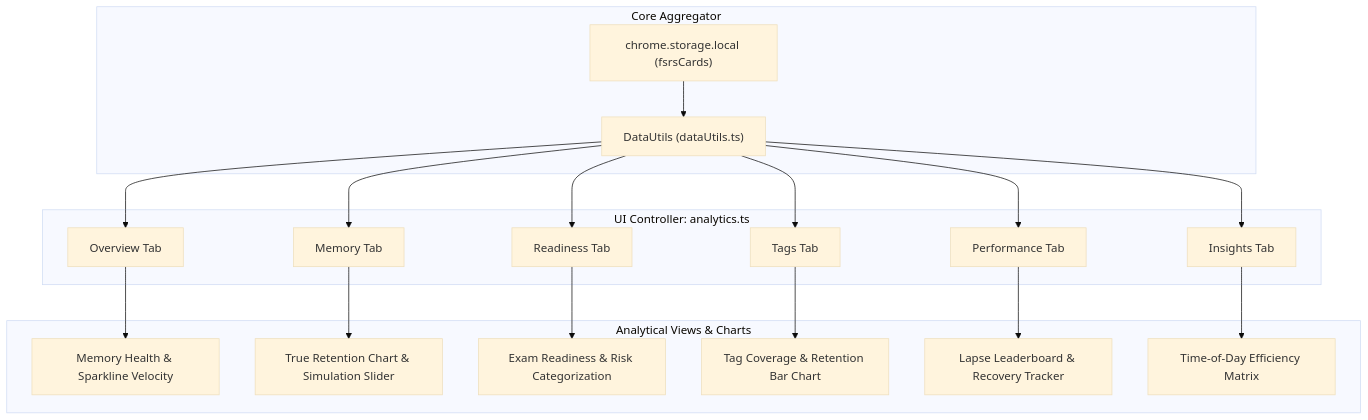
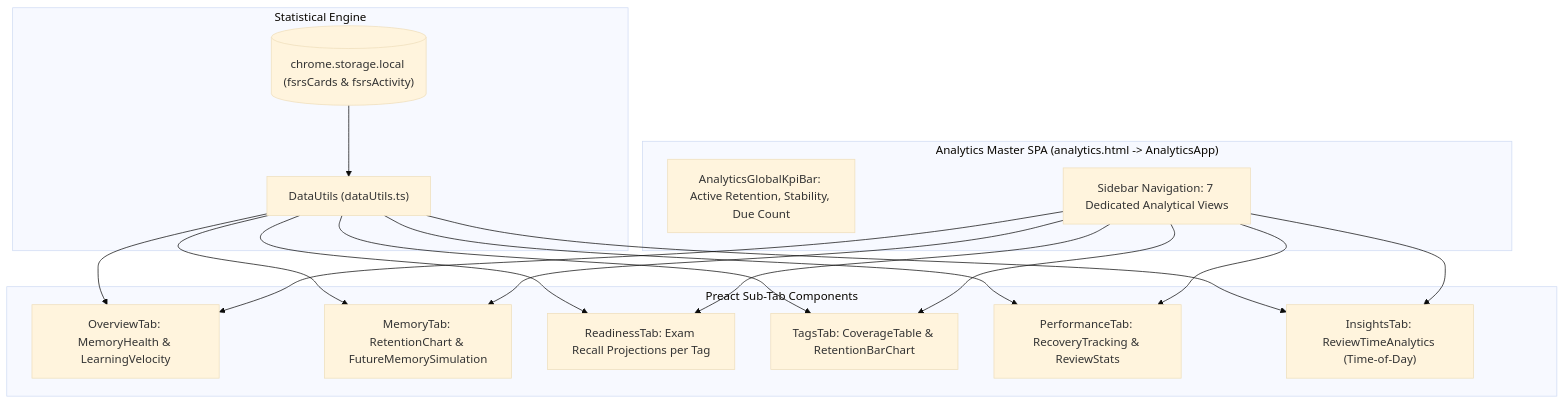
The first of 2 diagrams in docs/features/analytics.md (sdeanmol/algomonster-fsrs-extension), drawn with Mermaid (base theme) before and after one commit. The commit also changed other lines of this file and 4 other files, not shown here.

Commit message:
docs: update architecture and feature documentation files

````diff
--- a/docs/features/analytics.md
+++ b/docs/features/analytics.md
@@ -39,39 +44,36 @@
 ```mermaid
 graph TD
-    subgraph UI_Controller ["UI Controller: analytics.ts"]
-        T1["Overview Tab"]
-        T2["Memory Tab"]
-        T3["Readiness Tab"]
-        T4["Tags Tab"]
-        T5["Performance Tab"]
-        T6["Insights Tab"]
+    subgraph Master_SPA ["Analytics Master SPA (analytics.html -> AnalyticsApp)"]
+        KPI["AnalyticsGlobalKpiBar: Active Retention, Stability, Due Count"]
+        TABS["Sidebar Navigation: 7 Dedicated Analytical Views"]
     end
 
-    subgraph Core_Aggregator ["Core Aggregator"]
+    subgraph Core_Engine ["Statistical Engine"]
         DU["DataUtils (dataUtils.ts)"]
-        SC["chrome.storage.local (fsrsCards)"]
+        ST[("chrome.storage.local (fsrsCards & fsrsActivity)")]
+        ST --> DU
     end
 
-    subgraph Analytical_Views ["Analytical Views & Charts"]
-        O1["Memory Health & Sparkline Velocity"]
-        O2["True Retention Chart & Simulation Slider"]
-        O3["Exam Readiness & Risk Categorization"]
-        O4["Tag Coverage & Retention Bar Chart"]
-        O5["Lapse Leaderboard & Recovery Tracker"]
-        O6["Time-of-Day Efficiency Matrix"]
+    subgraph SubTab_Components ["Preact Sub-Tab Components"]
+        T1["OverviewTab: MemoryHealth & LearningVelocity"]
+        T2["MemoryTab: RetentionChart & FutureMemorySimulation"]
+        T3["ReadinessTab: Exam Recall Projections per Tag"]
+        T4["TagsTab: CoverageTable & RetentionBarChart"]
+        T5["PerformanceTab: RecoveryTracking & ReviewStats"]
+        T6["InsightsTab: ReviewTimeAnalytics (Time-of-Day)"]
     end
 
-    SC --> DU
     DU --> T1
     DU --> T2
     DU --> T3
     DU --> T4
     DU --> T5
     DU --> T6
-    T1 --> O1
-    T2 --> O2
-    T3 --> O3
-    T4 --> O4
-    T5 --> O5
-    T6 --> O6
+
+    TABS --> T1
+    TABS --> T2
+    TABS --> T3
+    TABS --> T4
+    TABS --> T5
+    TABS --> T6
 ```
````
